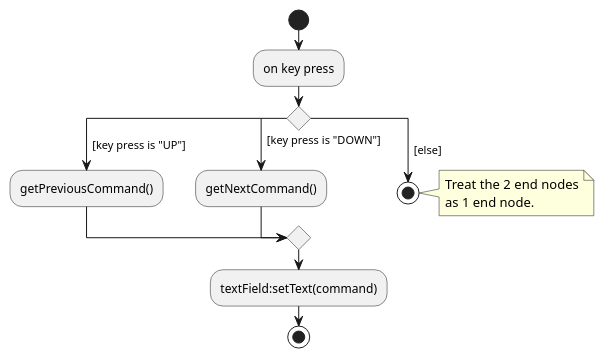
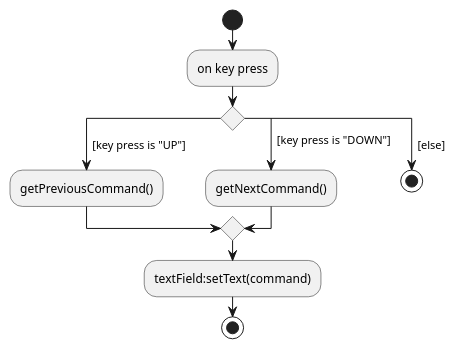
One commit to nus-cs2103-AY2223S1/tp changed the diagram in docs/diagrams/CommandHistoryActivityDiagram.puml. Above: the diagram before and after it, drawn with PlantUML. The commit also changed 1 other file, not shown here.

Commit message:
CommandHistoryActivityDiagram: Update diagram

```diff
--- a/docs/diagrams/CommandHistoryActivityDiagram.puml
+++ b/docs/diagrams/CommandHistoryActivityDiagram.puml
@@ -1,25 +1,21 @@
 @startuml
 'https://plantuml.com/activity-diagram-beta
 
 start
 :on key press;
 
 ' extra spaces used for formatting
 switch ()
 case (  [key press is "UP"])
   :getPreviousCommand();
 case (  [key press is "DOWN"])
     :getNextCommand();
 case (  [else])
     stop
-    note right
-        Treat the 2 end nodes
-        as 1 end node.
-    end note
 endswitch
 
 :textField:setText(command);
 label ending
 stop
 
 @enduml
```
